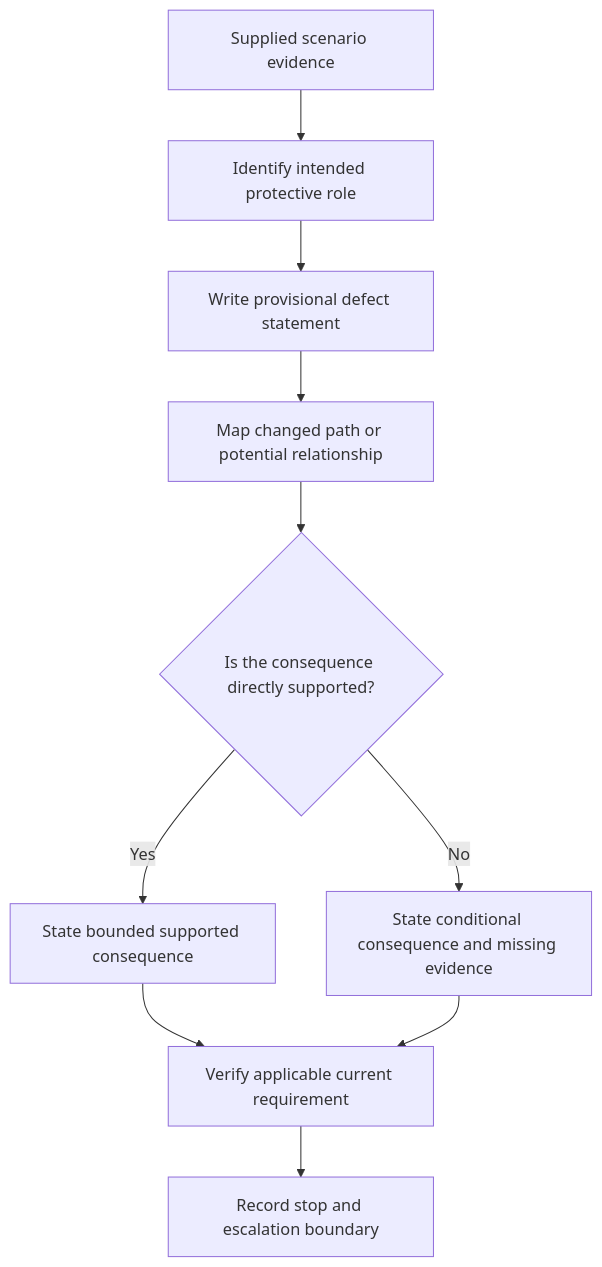
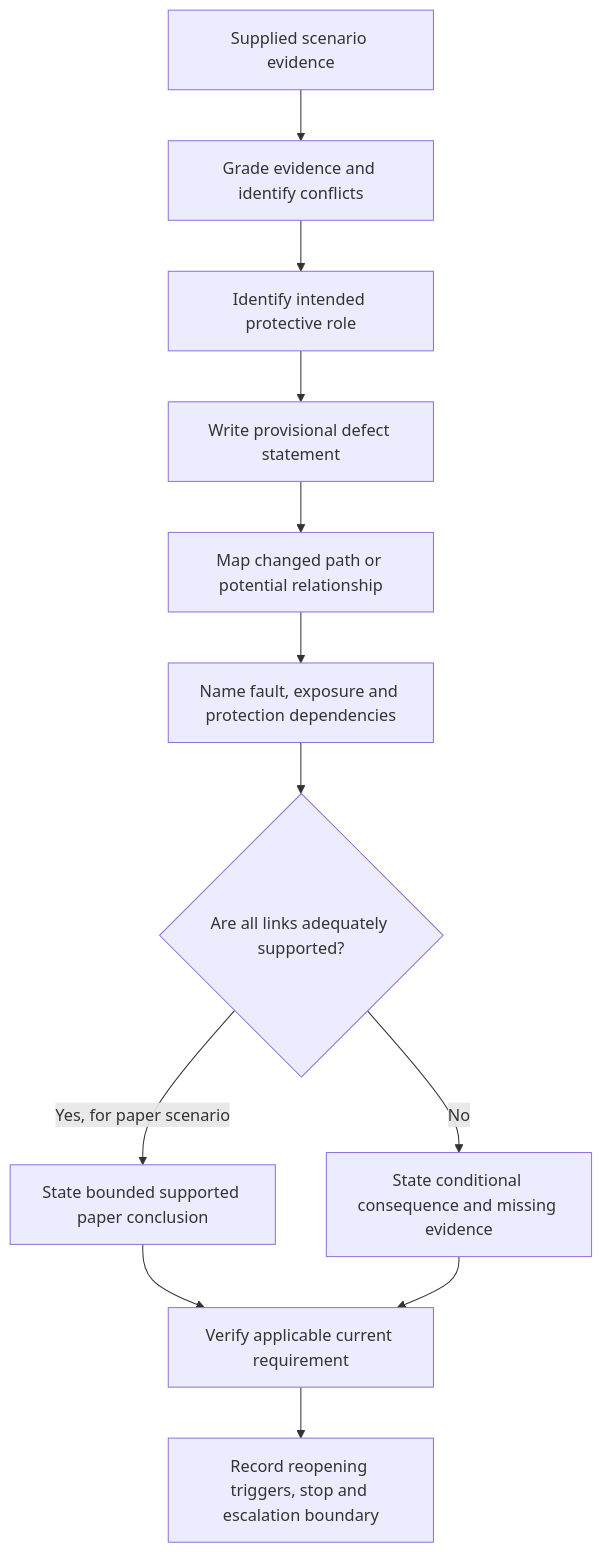
One commit to andrew3stedall/capstone changed the first of 3 diagrams in docs/learning-plans/6-week/modules/day-13-earthing-defect-scenarios-and-consequence-analysis.md. Above: the diagram before and after it, drawn with Mermaid. The commit also changed other lines of this file, not shown here.

Commit message:
Improve Day 13 earthing defect consequence analysis

````diff
--- a/docs/learning-plans/6-week/modules/day-13-earthing-defect-scenarios-and-consequence-analysis.md
+++ b/docs/learning-plans/6-week/modules/day-13-earthing-defect-scenarios-and-consequence-analysis.md
@@ -125,12 +165,14 @@
 ```mermaid
 flowchart TD
-    A[Supplied scenario evidence] --> B[Identify intended protective role]
-    B --> C[Write provisional defect statement]
-    C --> D[Map changed path or potential relationship]
-    D --> E{Is the consequence directly supported?}
-    E -->|Yes| F[State bounded supported consequence]
-    E -->|No| G[State conditional consequence and missing evidence]
-    F --> H[Verify applicable current requirement]
-    G --> H
-    H --> I[Record stop and escalation boundary]
+    A[Supplied scenario evidence] --> B[Grade evidence and identify conflicts]
+    B --> C[Identify intended protective role]
+    C --> D[Write provisional defect statement]
+    D --> E[Map changed path or potential relationship]
+    E --> F[Name fault, exposure and protection dependencies]
+    F --> G{Are all links adequately supported?}
+    G -->|Yes, for paper scenario| H[State bounded supported paper conclusion]
+    G -->|No| I[State conditional consequence and missing evidence]
+    H --> J[Verify applicable current requirement]
+    I --> J
+    J --> K[Record reopening triggers, stop and escalation boundary]
 ```
````
